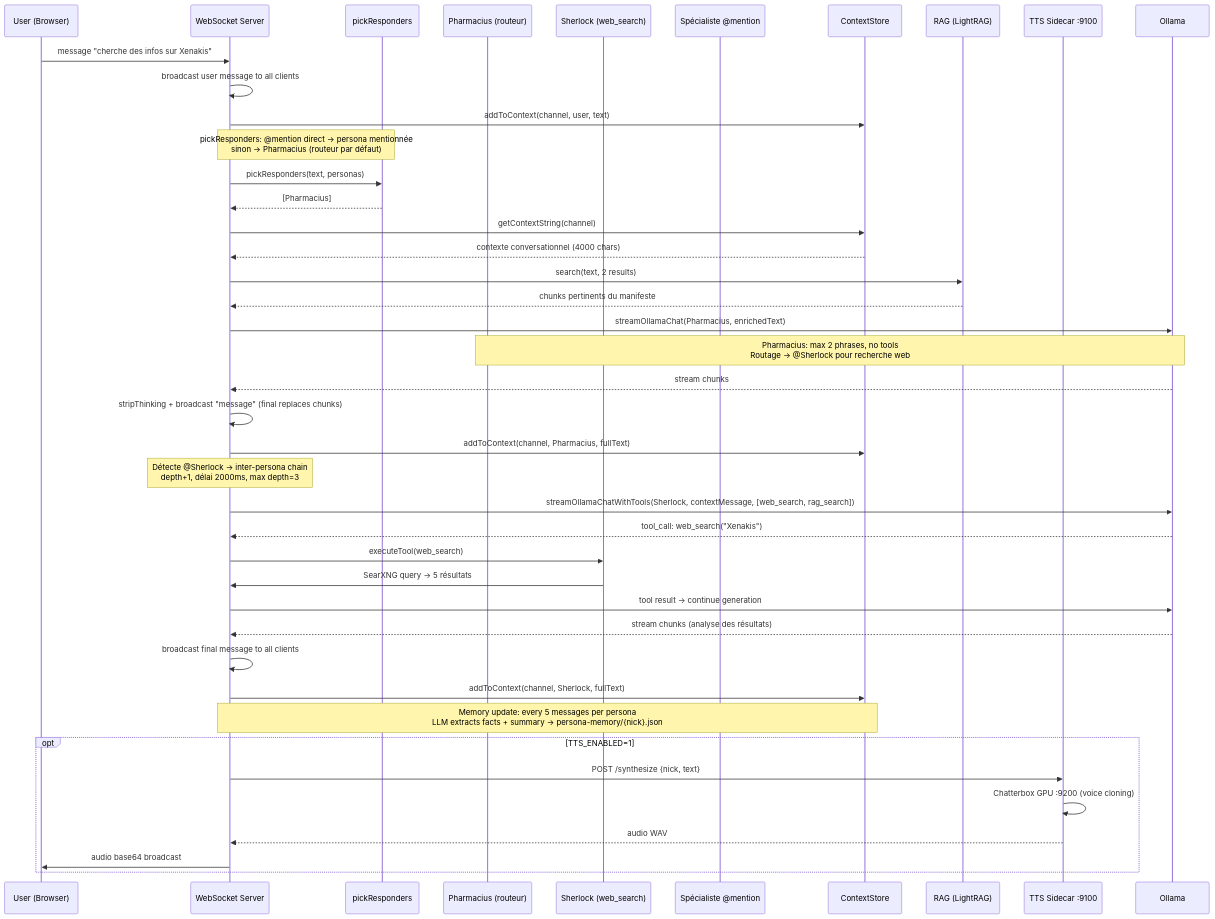
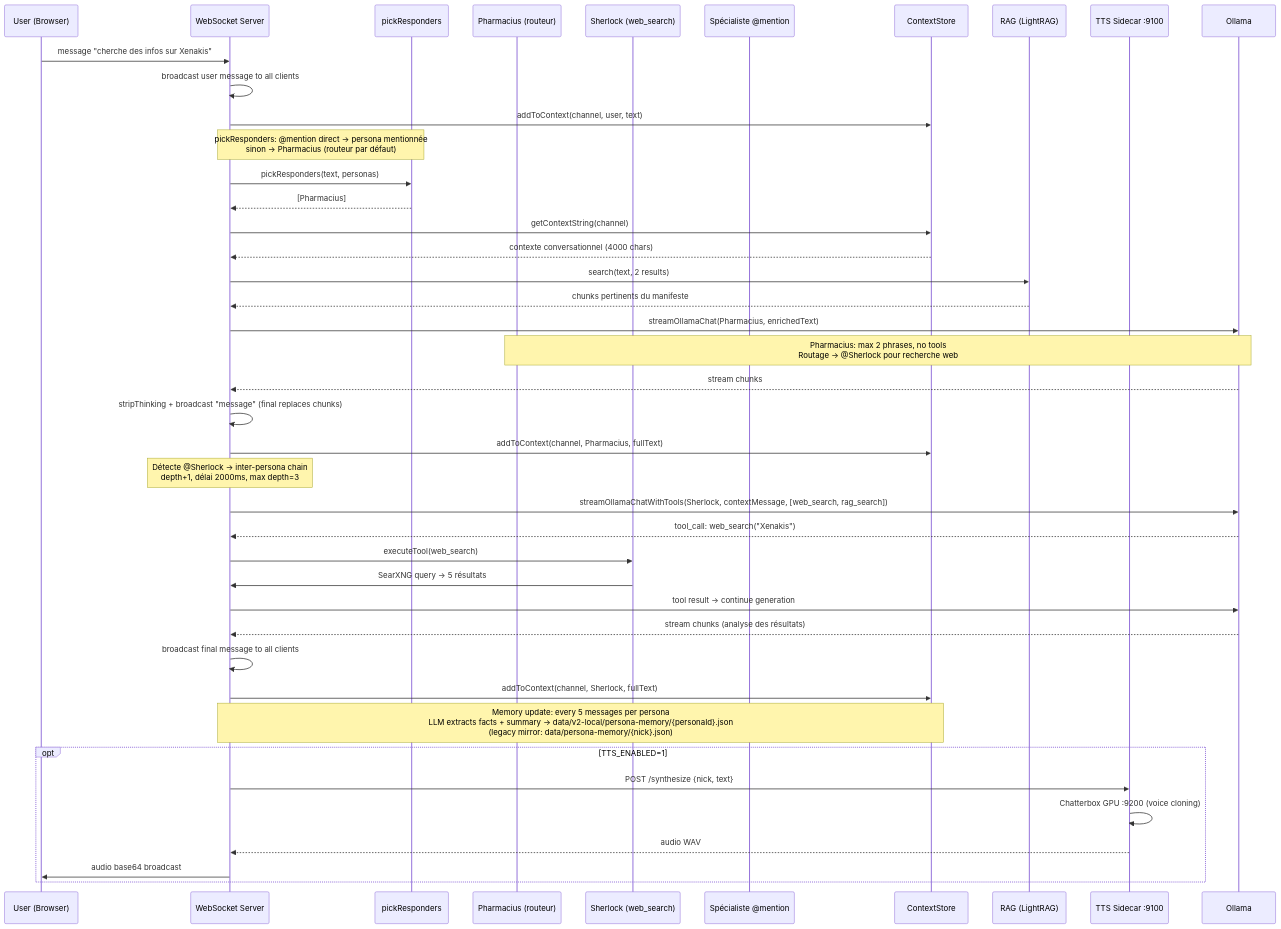
Before and after one commit to electron-rare/kxkm_clown: the second of 6 diagrams in docs/ARCHITECTURE.md, drawn with Mermaid. The commit also changed 12 other files, not shown here.

````diff
--- a/docs/ARCHITECTURE.md
+++ b/docs/ARCHITECTURE.md
@@ -99,53 +99,53 @@
 ```mermaid
 sequenceDiagram
     participant U as User (Browser)
     participant WS as WebSocket Server
     participant PR as pickResponders
     participant Ph as Pharmacius (routeur)
     participant Sh as Sherlock (web_search)
     participant Sp as Spécialiste @mention
     participant CTX as ContextStore
     participant RAG as RAG (LightRAG)
     participant TTS as TTS Sidecar :9100
     participant OL as Ollama
 
     U->>WS: message "cherche des infos sur Xenakis"
     WS->>WS: broadcast user message to all clients
     WS->>CTX: addToContext(channel, user, text)
 
     Note over WS,PR: pickResponders: @mention direct → persona mentionnée<br/>sinon → Pharmacius (routeur par défaut)
 
     WS->>PR: pickResponders(text, personas)
     PR-->>WS: [Pharmacius]
 
     WS->>CTX: getContextString(channel)
     CTX-->>WS: contexte conversationnel (4000 chars)
     WS->>RAG: search(text, 2 results)
     RAG-->>WS: chunks pertinents du manifeste
 
     WS->>OL: streamOllamaChat(Pharmacius, enrichedText)
     Note over Ph,OL: Pharmacius: max 2 phrases, no tools<br/>Routage → @Sherlock pour recherche web
     OL-->>WS: stream chunks
     WS->>WS: stripThinking + broadcast "message" (final replaces chunks)
     WS->>CTX: addToContext(channel, Pharmacius, fullText)
 
     Note over WS: Détecte @Sherlock → inter-persona chain<br/>depth+1, délai 2000ms, max depth=3
 
     WS->>OL: streamOllamaChatWithTools(Sherlock, contextMessage, [web_search, rag_search])
     OL-->>WS: tool_call: web_search("Xenakis")
     WS->>Sh: executeTool(web_search)
     Sh->>WS: SearXNG query → 5 résultats
     WS->>OL: tool result → continue generation
     OL-->>WS: stream chunks (analyse des résultats)
     WS->>WS: broadcast final message to all clients
     WS->>CTX: addToContext(channel, Sherlock, fullText)
 
-    Note over WS,CTX: Memory update: every 5 messages per persona<br/>LLM extracts facts + summary → persona-memory/{nick}.json
+    Note over WS,CTX: Memory update: every 5 messages per persona<br/>LLM extracts facts + summary → data/v2-local/persona-memory/{personaId}.json<br/>(legacy mirror: data/persona-memory/{nick}.json)
 
     opt TTS_ENABLED=1
         WS->>TTS: POST /synthesize {nick, text}
         TTS->>TTS: Chatterbox GPU :9200 (voice cloning)
         TTS-->>WS: audio WAV
         WS->>U: audio base64 broadcast
     end
 ```
````
